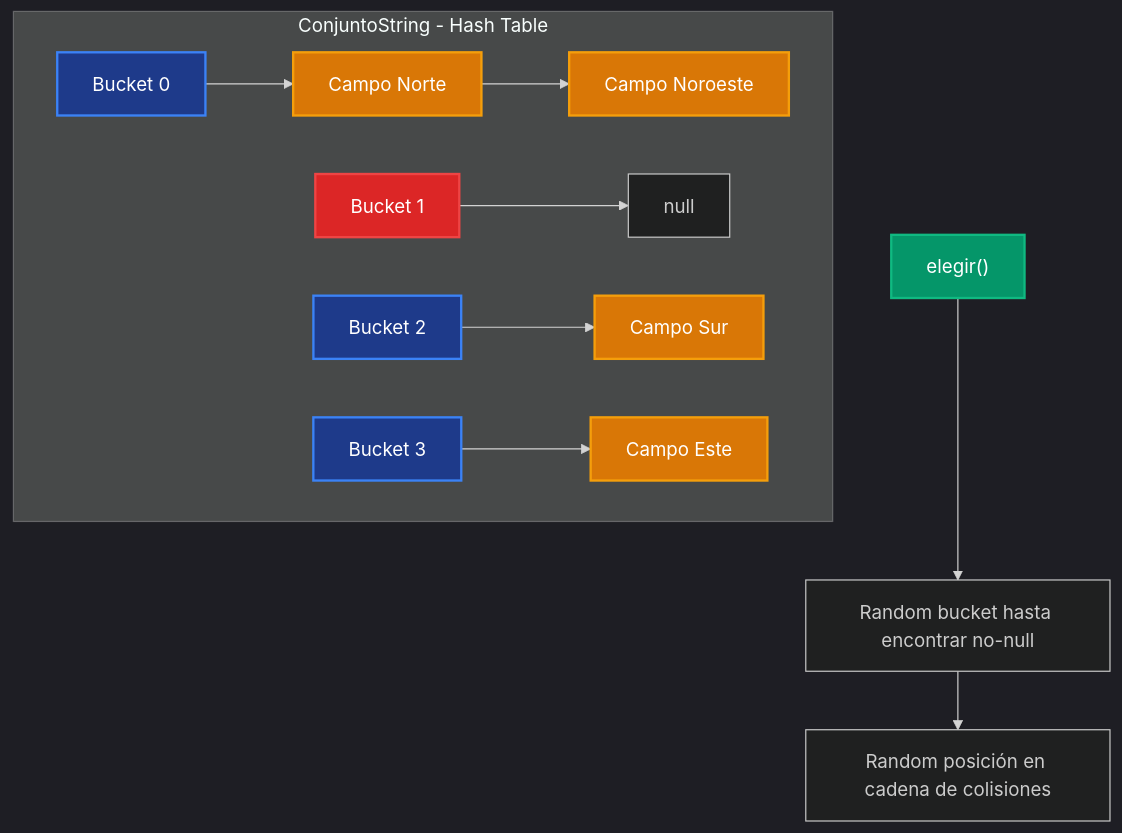
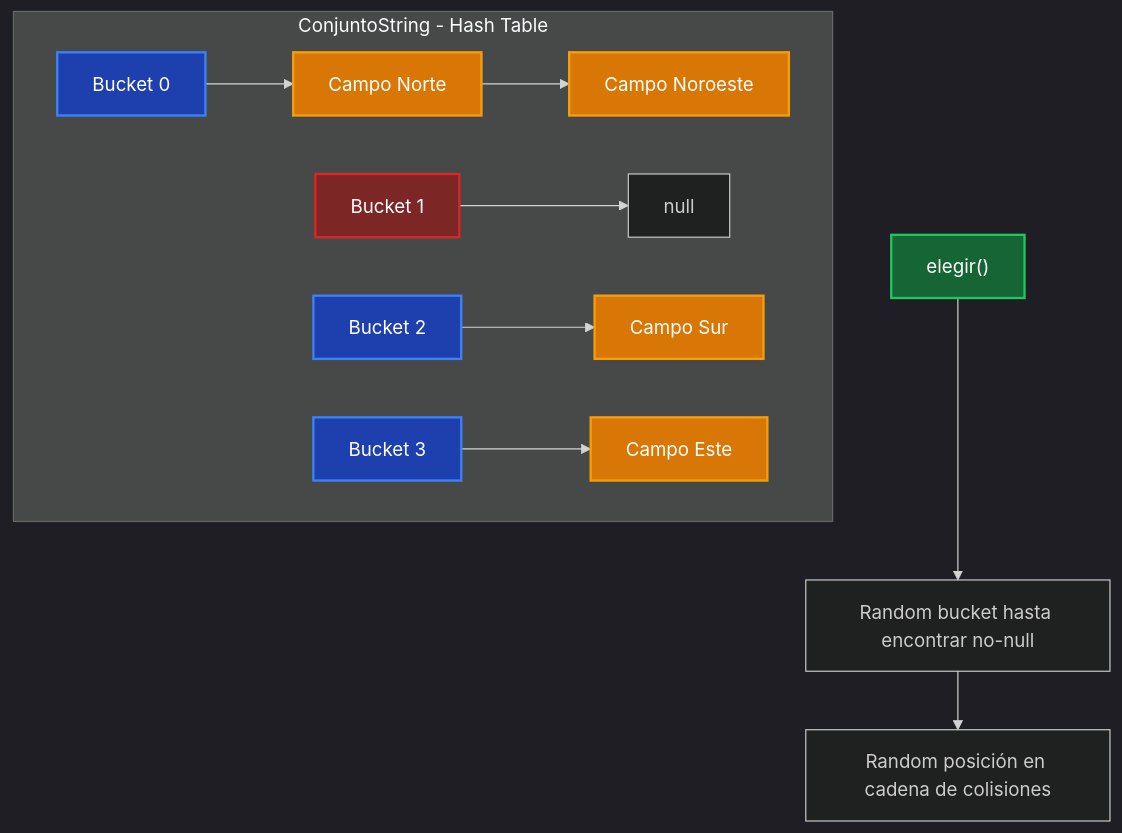
One commit to pybalt/algo2 changed diagram 11 of 16 in tp-final/README_IMPLEMENTACIONES.md. Above: the diagram before and after it, drawn with Mermaid. The commit also changed other lines of this file and 1 other file, not shown here.

````diff
--- a/tp-final/README_IMPLEMENTACIONES.md
+++ b/tp-final/README_IMPLEMENTACIONES.md
@@ -302,24 +414,24 @@
 ```mermaid
 %%{init: {'theme':'dark'}}%%
 graph TB
     subgraph "ConjuntoString - Hash Table"
         A["Bucket 0"] --> B["Campo Norte"]
         B --> B2["Campo Noroeste"]
         C["Bucket 1"] --> D["null"]
         E["Bucket 2"] --> F["Campo Sur"]
         G["Bucket 3"] --> H["Campo Este"]
     end
     
     I["elegir()"] --> J["Random bucket hasta encontrar no-null"]
     J --> K["Random posición en cadena de colisiones"]
     
-    style A fill:#1e3a8a,stroke:#3b82f6,stroke-width:2px,color:#fff
-    style C fill:#dc2626,stroke:#ef4444,stroke-width:2px,color:#fff
-    style E fill:#1e3a8a,stroke:#3b82f6,stroke-width:2px,color:#fff
-    style G fill:#1e3a8a,stroke:#3b82f6,stroke-width:2px,color:#fff
-    style B fill:#d97706,stroke:#f59e0b,stroke-width:2px,color:#fff
-    style B2 fill:#d97706,stroke:#f59e0b,stroke-width:2px,color:#fff
-    style F fill:#d97706,stroke:#f59e0b,stroke-width:2px,color:#fff
-    style H fill:#d97706,stroke:#f59e0b,stroke-width:2px,color:#fff
-    style I fill:#059669,stroke:#10b981,stroke-width:2px,color:#fff
+    style A fill:#1e40af,stroke:#3b82f6,stroke-width:2px,color:#ffffff
+    style C fill:#7c2626,stroke:#dc2626,stroke-width:2px,color:#ffffff
+    style E fill:#1e40af,stroke:#3b82f6,stroke-width:2px,color:#ffffff
+    style G fill:#1e40af,stroke:#3b82f6,stroke-width:2px,color:#ffffff
+    style B fill:#d97706,stroke:#f59e0b,stroke-width:2px,color:#ffffff
+    style B2 fill:#d97706,stroke:#f59e0b,stroke-width:2px,color:#ffffff
+    style F fill:#d97706,stroke:#f59e0b,stroke-width:2px,color:#ffffff
+    style H fill:#d97706,stroke:#f59e0b,stroke-width:2px,color:#ffffff
+    style I fill:#166534,stroke:#22c55e,stroke-width:2px,color:#ffffff
 ```
````
